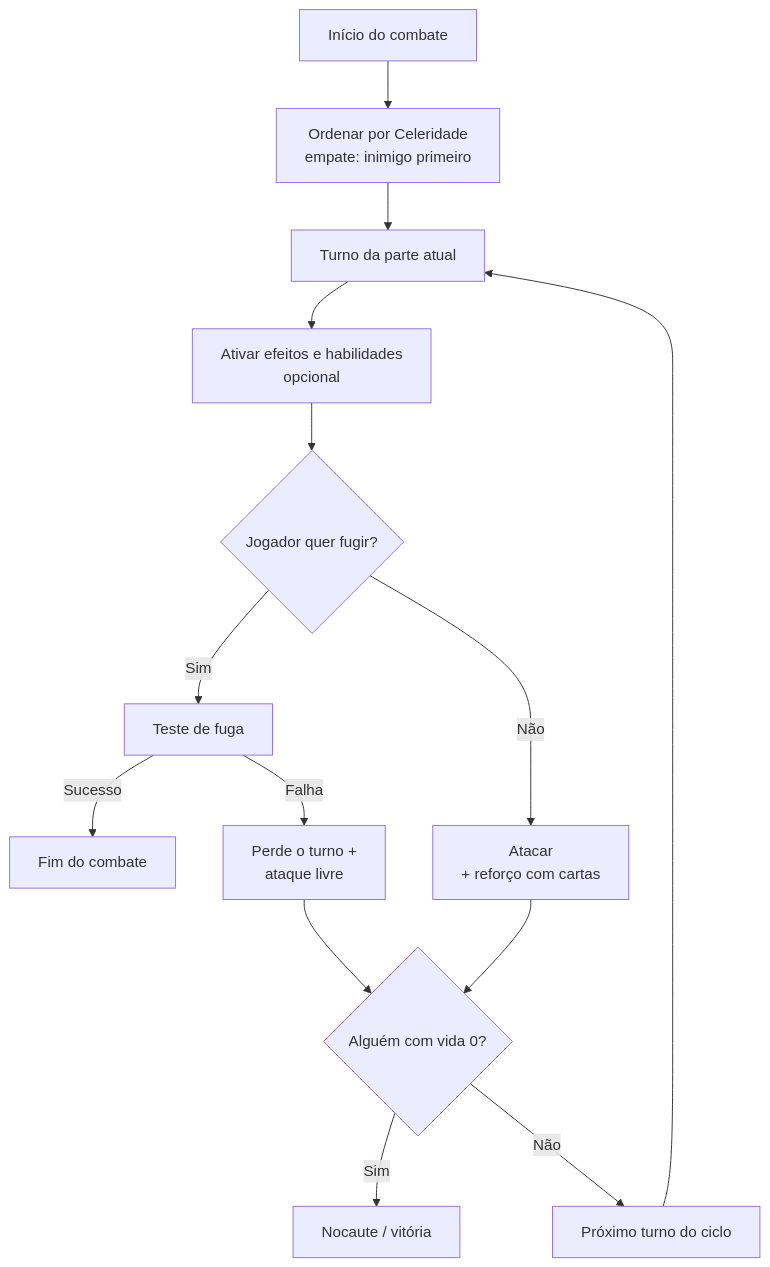
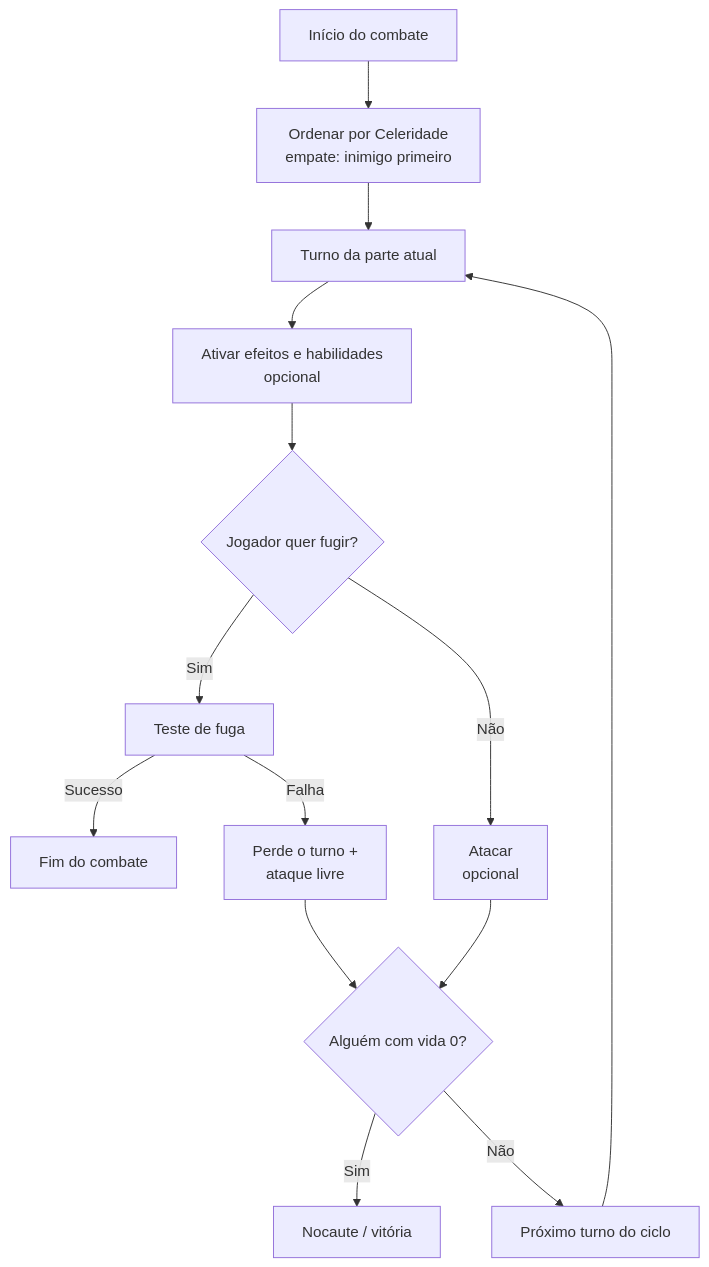
Before and after one commit to frnndog-suav/Misadventure_Frontend_V3: diagram 13 of 17 in docs/README.md, drawn with Mermaid. The commit also changed other lines of this file, not shown here.

````diff
--- a/docs/README.md
+++ b/docs/README.md
@@ -1645,16 +1654,16 @@
 ```mermaid
 flowchart TB
     S[Início do combate] --> O[Ordenar por Celeridade<br/>empate: inimigo primeiro]
     O --> T[Turno da parte atual]
     T --> E[Ativar efeitos e habilidades<br/>opcional]
     E --> F{Jogador quer fugir?}
     F -->|Sim| FT[Teste de fuga]
     FT -->|Sucesso| END[Fim do combate]
     FT -->|Falha| LIV[Perde o turno +<br/>ataque livre]
-    F -->|Não| A[Atacar<br/>+ reforço com cartas]
+    F -->|Não| A[Atacar<br/>opcional]
     A --> V{Alguém com vida 0?}
     LIV --> V
     V -->|Sim| R[Nocaute / vitória]
     V -->|Não| N[Próximo turno do ciclo]
     N --> T
 ```
````
